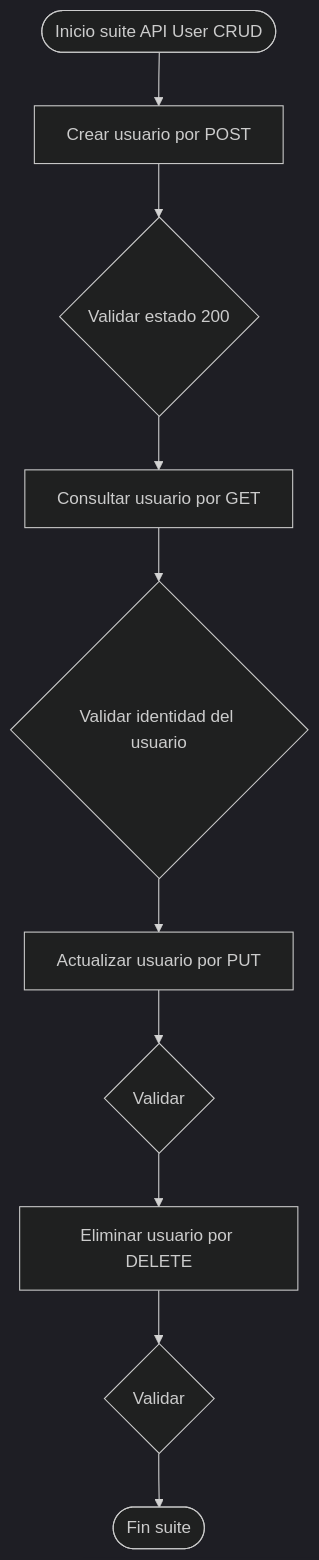
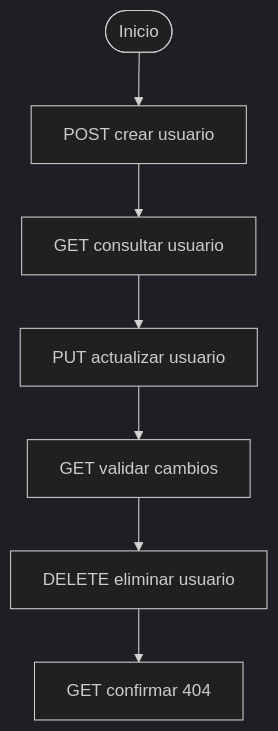
The second of 2 diagrams in README.md (SofkaMatiasRegalo/AUTO_API_PETSTORE_SCREENPLAY), drawn with Mermaid (dark theme) before and after one commit. The commit also changed other lines of this file and 17 other files, not shown here.

````diff
--- a/README.md
+++ b/README.md
@@ -53,12 +54,9 @@
 ```mermaid
 flowchart TD
-    INICIO([Inicio suite API User CRUD]) --> C[Crear usuario por POST]
-    C --> VC{Validar estado 200}
-    VC --> G[Consultar usuario por GET]
-    G --> VG{Validar identidad del usuario}
-    VG --> U[Actualizar usuario por PUT]
-    U --> VU{Validar}
-    VU --> D[Eliminar usuario por DELETE]
-    D --> VD{Validar }
-    VD --> FIN([Fin suite])
+    INICIO([Inicio]) --> C[POST crear usuario]
+    C --> G[GET consultar usuario]
+    G --> U[PUT actualizar usuario]
+    U --> V[GET validar cambios]
+    V --> D[DELETE eliminar usuario]
+    D --> F[GET confirmar 404]
 ```
````
